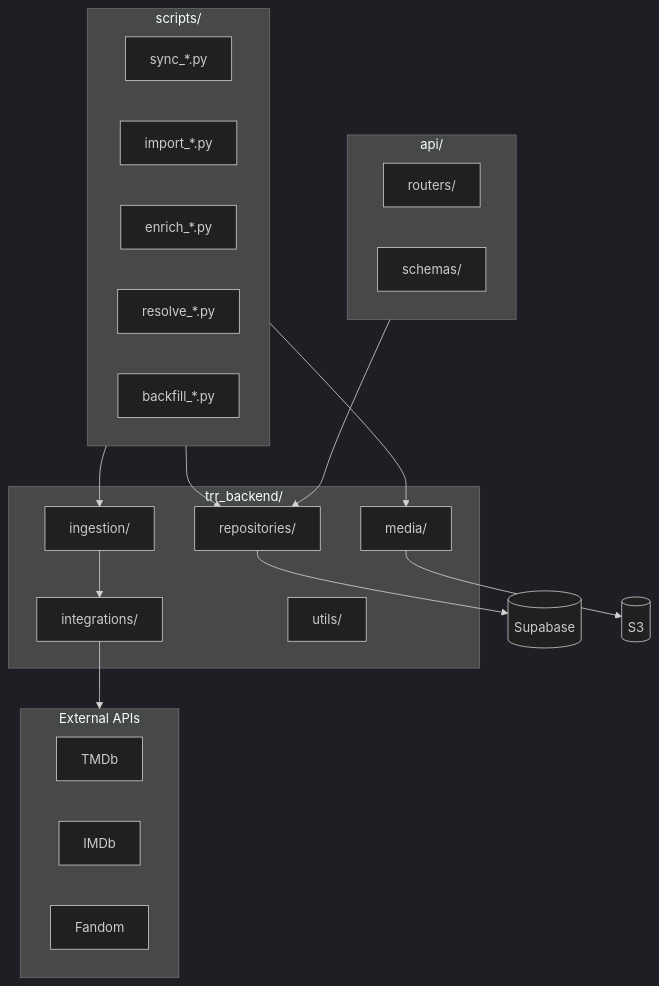
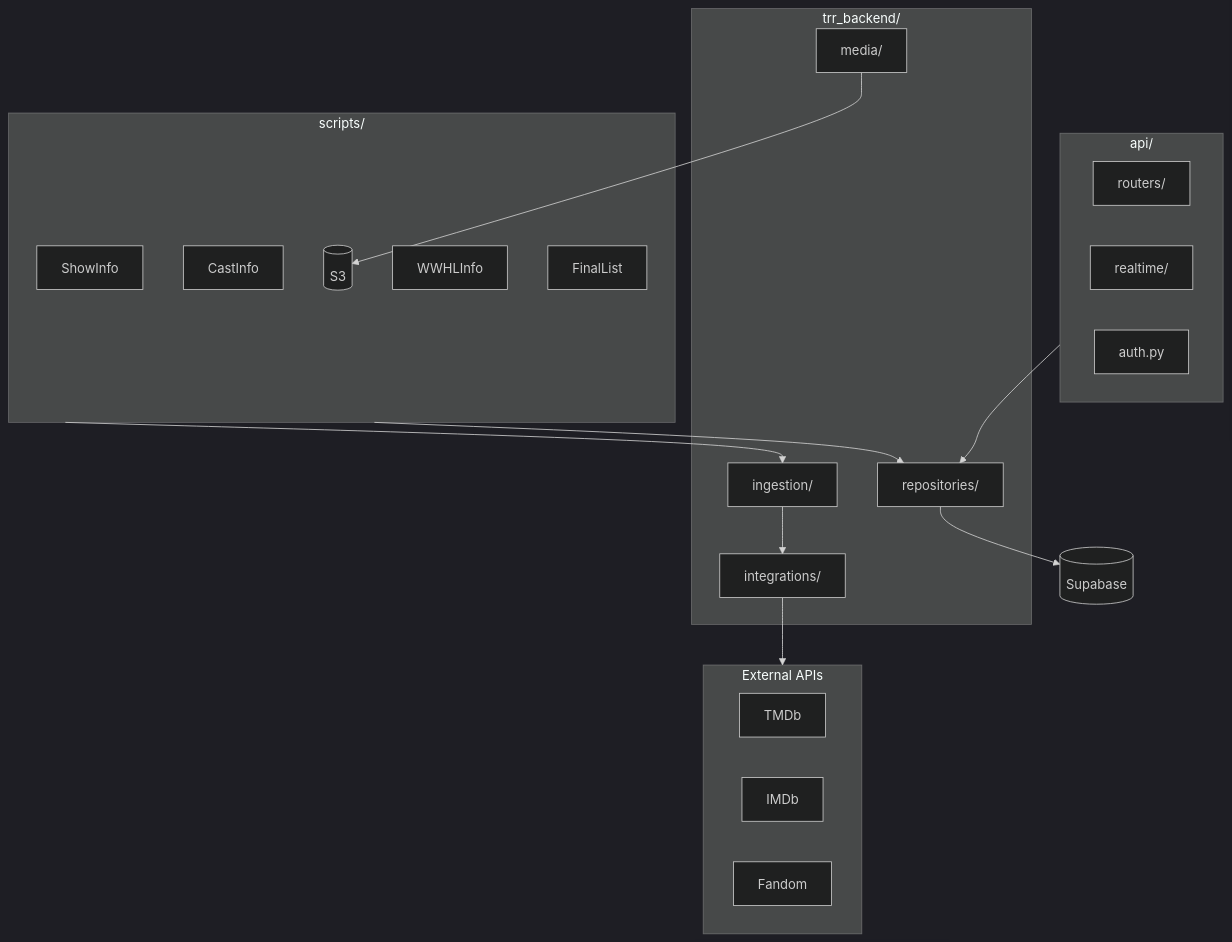
Before and after one commit to therealityreport/trr-backend: the first of 2 diagrams in docs/Repository/diagrams/system_maps.md, drawn with Mermaid (dark theme). The commit also changed other lines of this file and 3 other files, not shown here.

````diff
--- a/docs/Repository/diagrams/system_maps.md
+++ b/docs/Repository/diagrams/system_maps.md
@@ -5,38 +5,37 @@
 ```mermaid
 flowchart TB
     subgraph scripts["scripts/"]
-        sync["sync_*.py"]
-        import["import_*.py"]
-        enrich["enrich_*.py"]
-        resolve["resolve_*.py"]
-        backfill["backfill_*.py"]
+        s1["ShowInfo"]
+        s2["CastInfo"]
+        s3["RealiteaseInfo"]
+        s4["WWHLInfo"]
+        s5["FinalList"]
+    end
+
+    subgraph api["api/"]
+        routers["routers/"]
+        realtime["realtime/"]
+        auth["auth.py"]
     end
 
     subgraph trr["trr_backend/"]
         repos["repositories/"]
         integrations["integrations/"]
         ingestion["ingestion/"]
         media["media/"]
-        utils["utils/"]
-    end
-
-    subgraph api["api/"]
-        routers["routers/"]
-        schemas["schemas/"]
     end
 
     subgraph external["External APIs"]
         tmdb["TMDb"]
         imdb["IMDb"]
         fandom["Fandom"]
     end
 
     scripts --> repos
     scripts --> ingestion
-    scripts --> media
     api --> repos
     ingestion --> integrations
     integrations --> external
     repos --> db[(Supabase)]
     media --> s3[(S3)]
 ```
````
